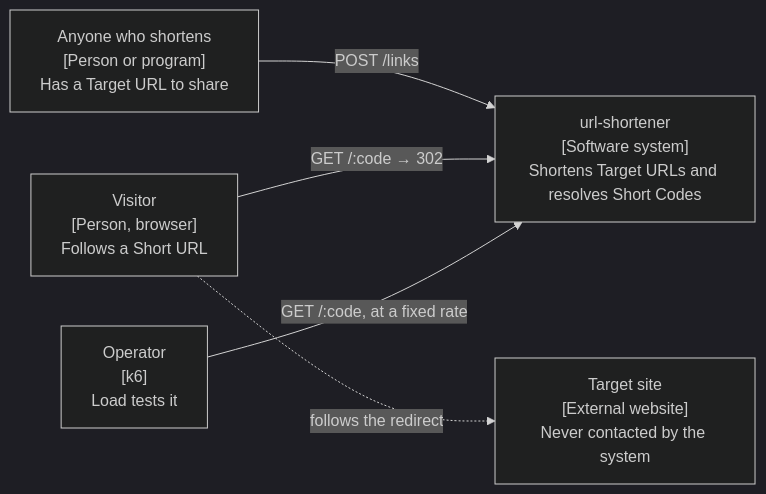
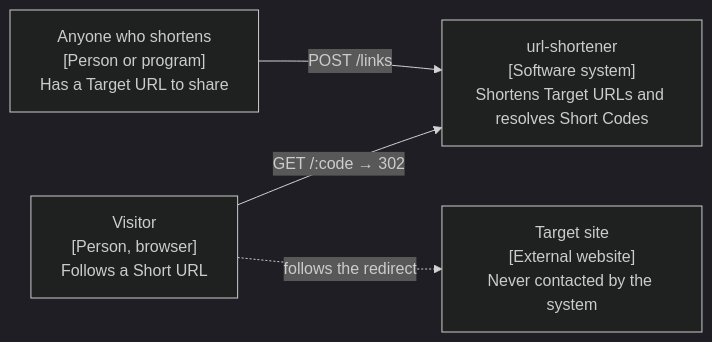
Before and after one commit to poschuler/url-shortener: the first of 3 diagrams in docs/architecture.md, drawn with Mermaid (dark theme). The commit also changed other lines of this file and 1 other file, not shown here.

Commit message:
docs: drop the k6 operator from the C4 diagrams

````diff
--- a/docs/architecture.md
+++ b/docs/architecture.md
@@ -7,13 +7,11 @@
 ```mermaid
 flowchart LR
   creator["Anyone who shortens<br/>[Person or program]<br/>Has a Target URL to share"]
   visitor["Visitor<br/>[Person, browser]<br/>Follows a Short URL"]
-  ops["Operator<br/>[k6]<br/>Load tests it"]
   system["url-shortener<br/>[Software system]<br/>Shortens Target URLs and resolves Short Codes"]
   target["Target site<br/>[External website]<br/>Never contacted by the system"]
 
   creator -- "POST /links" --> system
   visitor -- "GET /:code → 302" --> system
   visitor -. "follows the redirect" .-> target
-  ops -- "GET /:code, at a fixed rate" --> system
 ```
````
